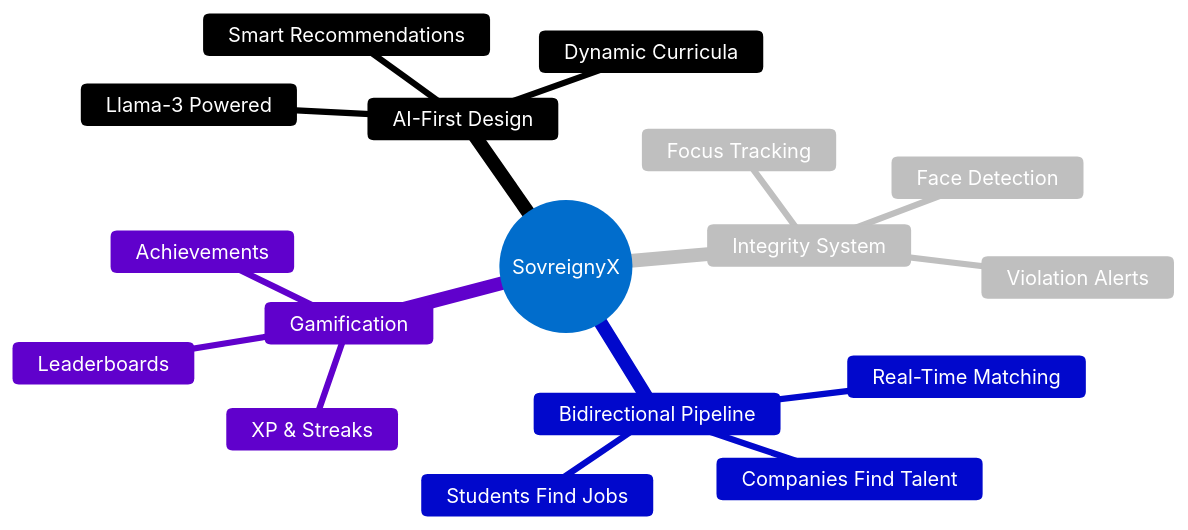
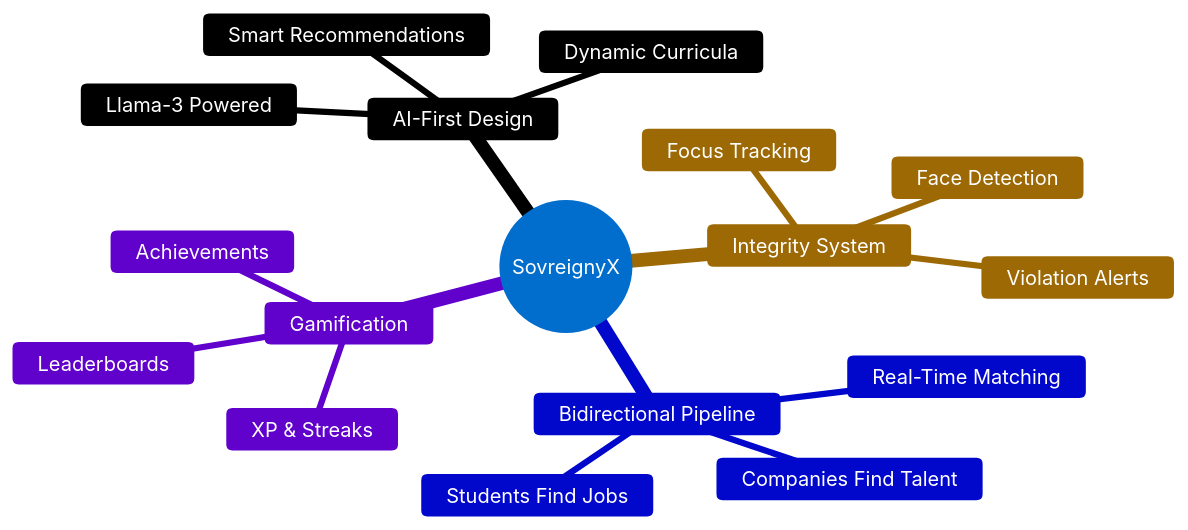
The first of 5 diagrams in README.md (dhanasai2/SovreignyX_Final), drawn with Mermaid before and after one commit.

````diff
--- a/README.md
+++ b/README.md
@@ -169,21 +169,21 @@
 ```mermaid
-%%{init: {'theme':'base', 'themeVariables': { 'primaryColor':'#4facfe','primaryTextColor':'#fff','primaryBorderColor':'#7C0200','lineColor':'#F8B229','secondaryColor':'#006100','tertiaryColor':'#fff'}}}%%
+%%{init: {'theme':'base', 'themeVariables': { 'primaryColor':'#4facfe','primaryTextColor':'#fff','primaryBorderColor':'#7C0200','lineColor':'#F8B229','secondaryColor':'#006100','tertiaryColor':'#F8B229'}}}%%
 mindmap
   root((SovreignyX))
     AI-First Design
       Llama-3 Powered
       Dynamic Curricula
       Smart Recommendations
     Integrity System
       Face Detection
       Focus Tracking
       Violation Alerts
     Bidirectional Pipeline
       Students Find Jobs
       Companies Find Talent
       Real-Time Matching
     Gamification
       XP & Streaks
       Leaderboards
       Achievements
 ```
````
